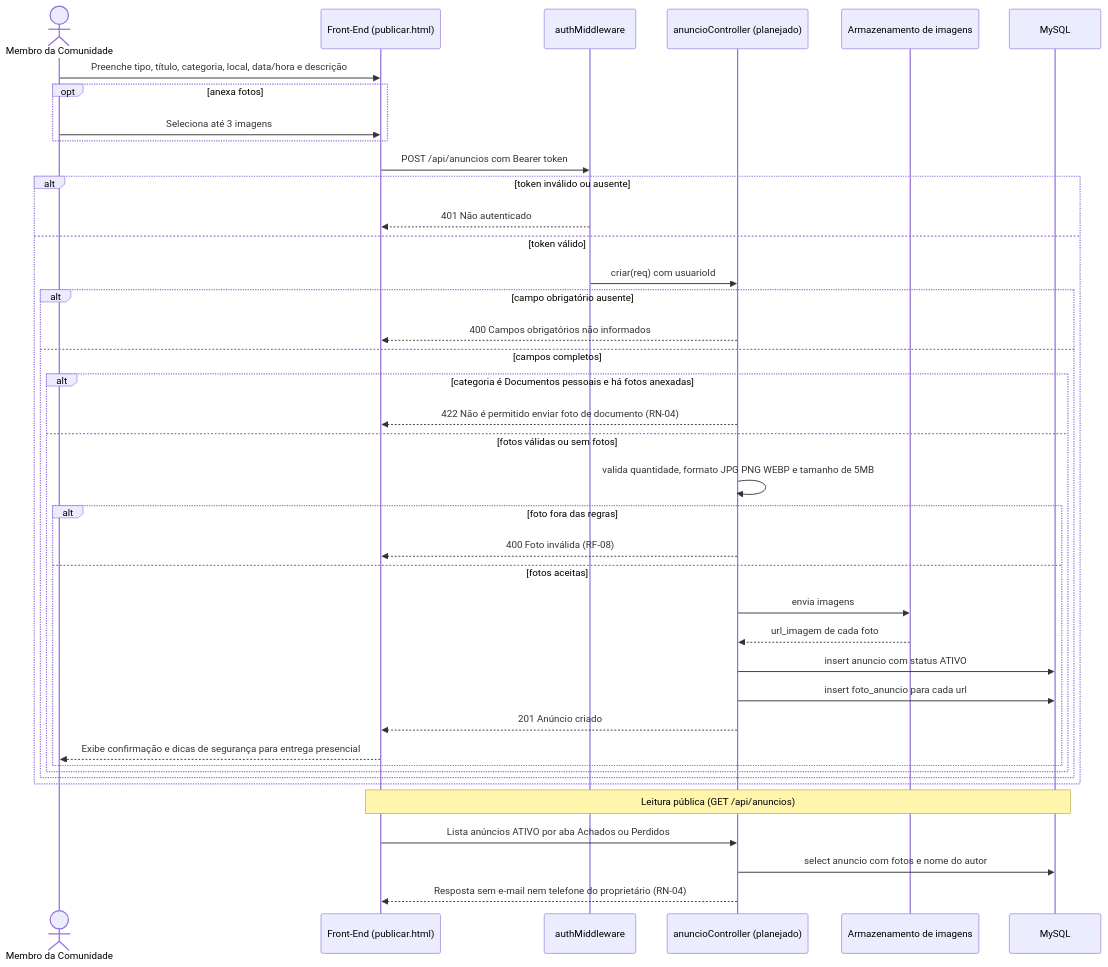
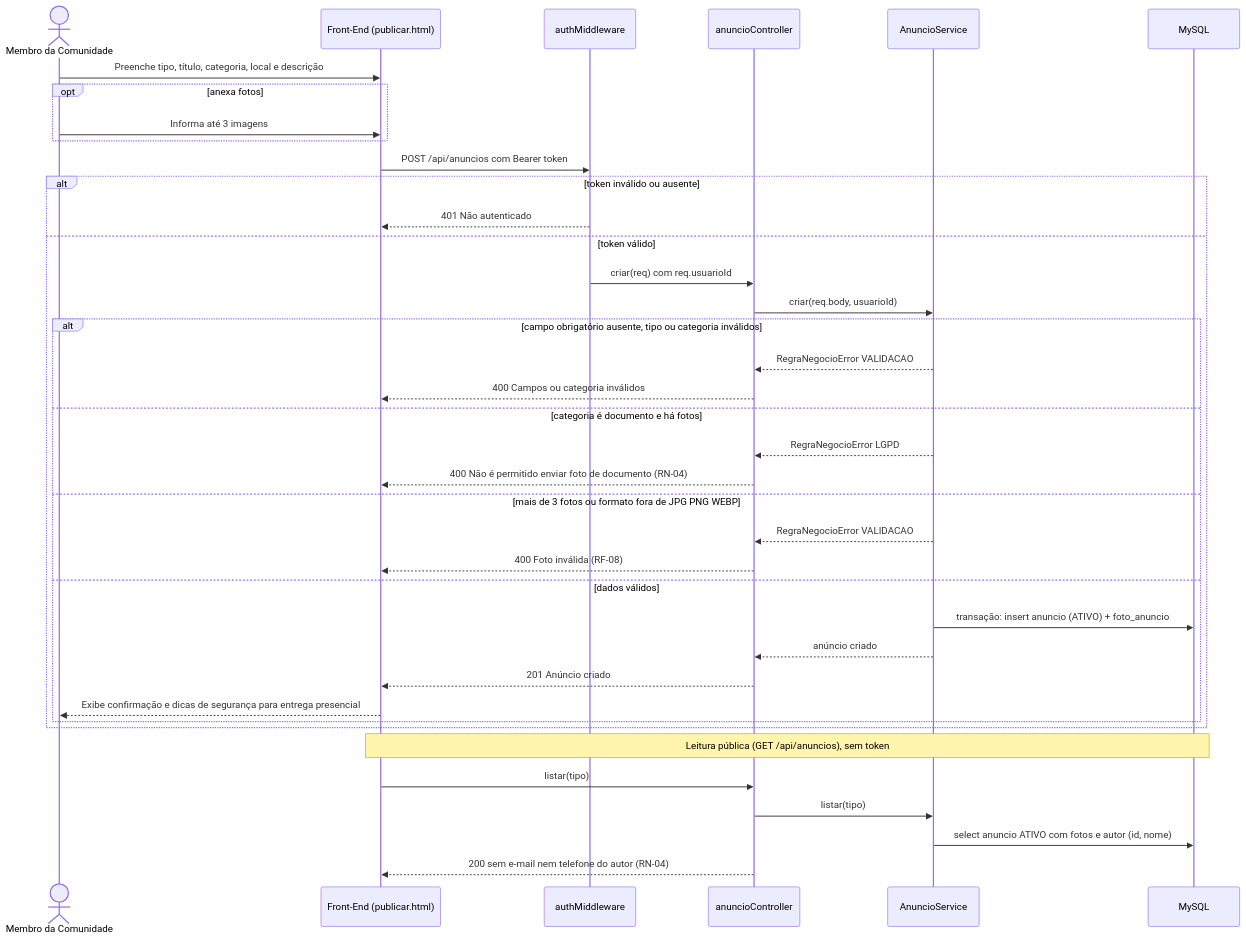
The third of 6 diagrams in docs/modelagem/modelagem.md (Matheus-Castro-Paula/Radar-UFLA), drawn with Mermaid before and after one commit. The commit also changed other lines of this file and 2 other files, not shown here.

````diff
--- a/docs/modelagem/modelagem.md
+++ b/docs/modelagem/modelagem.md
@@ -152,44 +153,42 @@
 ```mermaid
 sequenceDiagram
     actor M as Membro da Comunidade
     participant F as Front-End (publicar.html)
     participant MW as authMiddleware
-    participant API as anuncioController (planejado)
-    participant ST as Armazenamento de imagens
+    participant C as anuncioController
+    participant S as AnuncioService
     participant DB as MySQL
 
-    M->>F: Preenche tipo, título, categoria, local, data/hora e descrição
+    M->>F: Preenche tipo, título, categoria, local e descrição
     opt anexa fotos
-        M->>F: Seleciona até 3 imagens
+        M->>F: Informa até 3 imagens
     end
     F->>MW: POST /api/anuncios com Bearer token
     alt token inválido ou ausente
         MW-->>F: 401 Não autenticado
     else token válido
-        MW->>API: criar(req) com usuarioId
-        alt campo obrigatório ausente
-            API-->>F: 400 Campos obrigatórios não informados
-        else campos completos
-            alt categoria é Documentos pessoais e há fotos anexadas
-                API-->>F: 422 Não é permitido enviar foto de documento (RN-04)
-            else fotos válidas ou sem fotos
-                API->>API: valida quantidade, formato JPG PNG WEBP e tamanho de 5MB
-                alt foto fora das regras
-                    API-->>F: 400 Foto inválida (RF-08)
-                else fotos aceitas
-                    API->>ST: envia imagens
-                    ST-->>API: url_imagem de cada foto
-                    API->>DB: insert anuncio com status ATIVO
-                    API->>DB: insert foto_anuncio para cada url
-                    API-->>F: 201 Anúncio criado
-                    F-->>M: Exibe confirmação e dicas de segurança para entrega presencial
-                end
-            end
+        MW->>C: criar(req) com req.usuarioId
+        C->>S: criar(req.body, usuarioId)
+        alt campo obrigatório ausente, tipo ou categoria inválidos
+            S-->>C: RegraNegocioError VALIDACAO
+            C-->>F: 400 Campos ou categoria inválidos
+        else categoria é documento e há fotos
+            S-->>C: RegraNegocioError LGPD
+            C-->>F: 400 Não é permitido enviar foto de documento (RN-04)
+        else mais de 3 fotos ou formato fora de JPG PNG WEBP
+            S-->>C: RegraNegocioError VALIDACAO
+            C-->>F: 400 Foto inválida (RF-08)
+        else dados válidos
+            S->>DB: transação: insert anuncio (ATIVO) + foto_anuncio
+            S-->>C: anúncio criado
+            C-->>F: 201 Anúncio criado
+            F-->>M: Exibe confirmação e dicas de segurança para entrega presencial
         end
     end
 
-    Note over F,DB: Leitura pública (GET /api/anuncios)
-    F->>API: Lista anúncios ATIVO por aba Achados ou Perdidos
-    API->>DB: select anuncio com fotos e nome do autor
-    API-->>F: Resposta sem e-mail nem telefone do proprietário (RN-04)
+    Note over F,DB: Leitura pública (GET /api/anuncios), sem token
+    F->>C: listar(tipo)
+    C->>S: listar(tipo)
+    S->>DB: select anuncio ATIVO com fotos e autor (id, nome)
+    C-->>F: 200 sem e-mail nem telefone do autor (RN-04)
 ```
````
